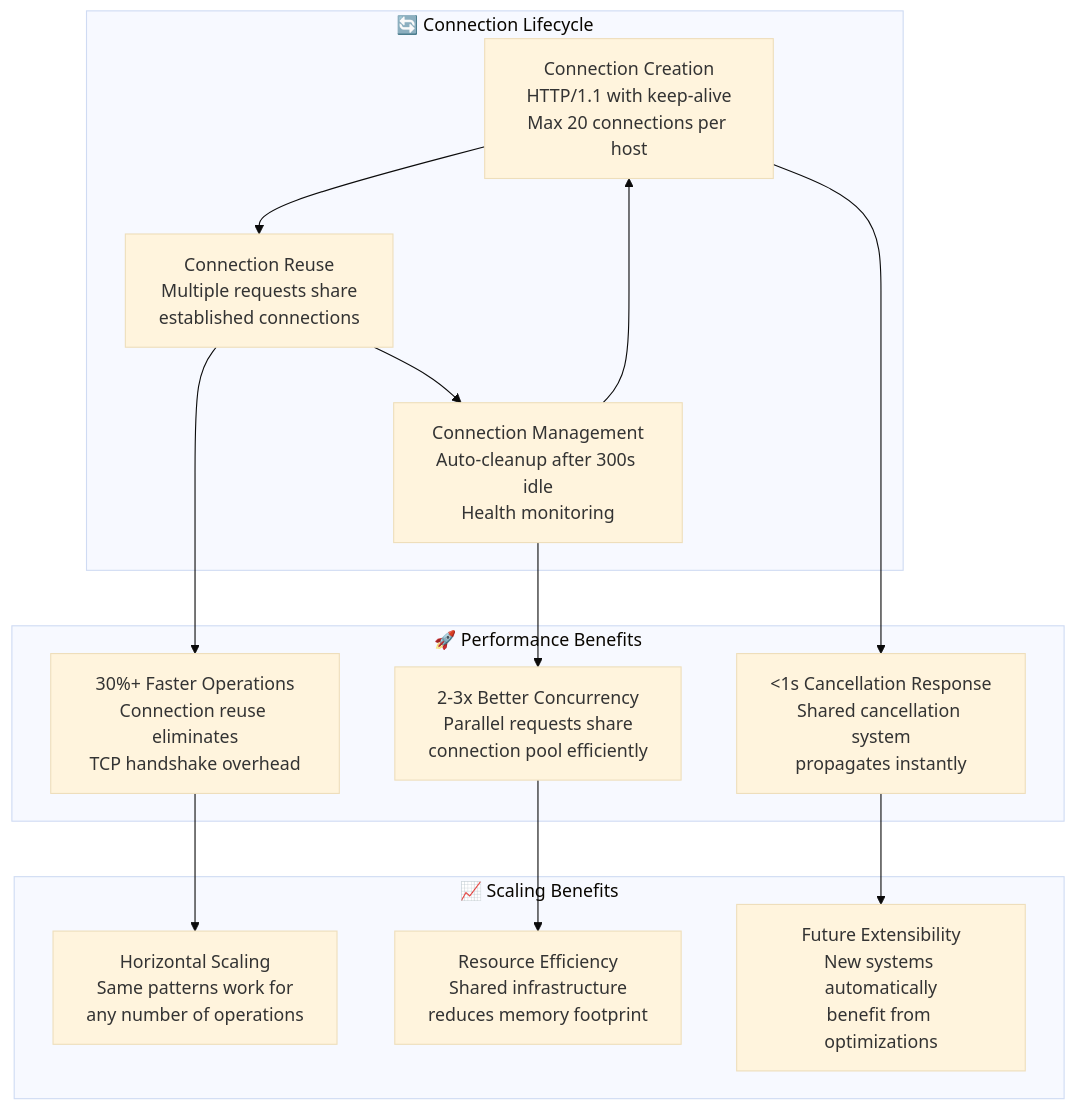
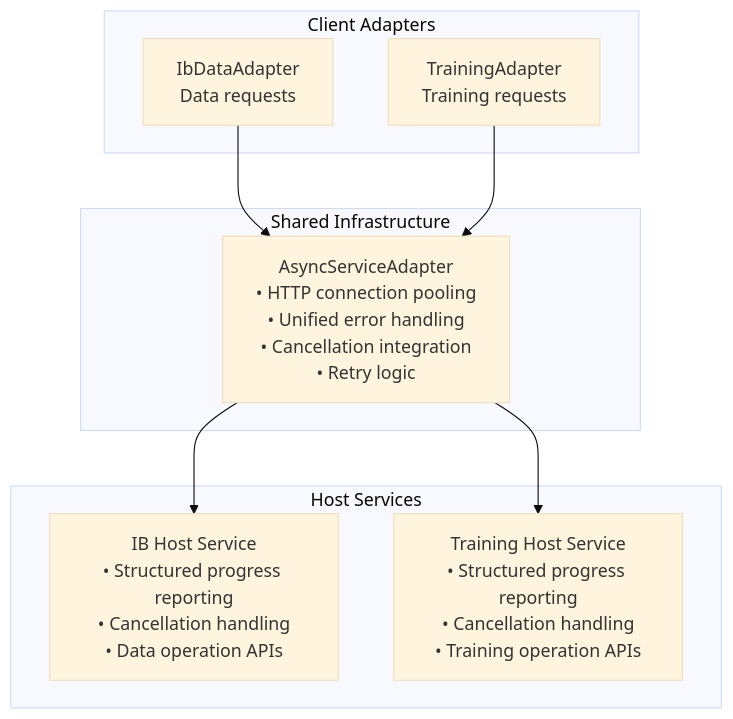
Before and after one commit to kpiteira/ktrdr: the sixth of 8 diagrams in docs/architecture/async/async-architecture-spec.md, drawn with Mermaid (base theme). The commit also changed other lines of this file and 18 other files, not shown here.

First line of the commit message:
docs: complete async architecture documentation cleanup and enhancement

````diff
--- a/docs/architecture/async/async-architecture-spec.md
+++ b/docs/architecture/async/async-architecture-spec.md
@@ -726,32 +286,21 @@
 ```mermaid
 graph TB
-    subgraph "🚀 Performance Benefits"
-        PB1[30%+ Faster Operations<br/>Connection reuse eliminates<br/>TCP handshake overhead]
-        PB2[2-3x Better Concurrency<br/>Parallel requests share<br/>connection pool efficiently]
-        PB3[<1s Cancellation Response<br/>Shared cancellation system<br/>propagates instantly]
+    subgraph "Client Adapters"
+        IDA[IbDataAdapter<br/>Data requests]
+        TA[TrainingAdapter<br/>Training requests]
     end
     
-    subgraph "🔄 Connection Lifecycle"
-        CC[Connection Creation<br/>HTTP/1.1 with keep-alive<br/>Max 20 connections per host]
-        CR[Connection Reuse<br/>Multiple requests share<br/>established connections]
-        CM[Connection Management<br/>Auto-cleanup after 300s idle<br/>Health monitoring]
+    subgraph "Shared Infrastructure"
+        ASA[AsyncServiceAdapter<br/>• HTTP connection pooling<br/>• Unified error handling<br/>• Cancellation integration<br/>• Retry logic]
     end
     
-    subgraph "📈 Scaling Benefits"
-        SB1[Horizontal Scaling<br/>Same patterns work for<br/>any number of operations]
-        SB2[Resource Efficiency<br/>Shared infrastructure<br/>reduces memory footprint]
-        SB3[Future Extensibility<br/>New systems automatically<br/>benefit from optimizations]
+    subgraph "Host Services"
+        IHS[IB Host Service<br/>• Structured progress reporting<br/>• Cancellation handling<br/>• Data operation APIs]
+        THS[Training Host Service<br/>• Structured progress reporting<br/>• Cancellation handling<br/>• Training operation APIs]
     end
     
-    CC --> CR
-    CR --> CM
-    CM --> CC
-    
-    CR --> PB1
-    CM --> PB2
-    CC --> PB3
-    
-    PB1 --> SB1
-    PB2 --> SB2
-    PB3 --> SB3
+    IDA --> ASA
+    TA --> ASA
+    ASA --> IHS
+    ASA --> THS
 ```
````
